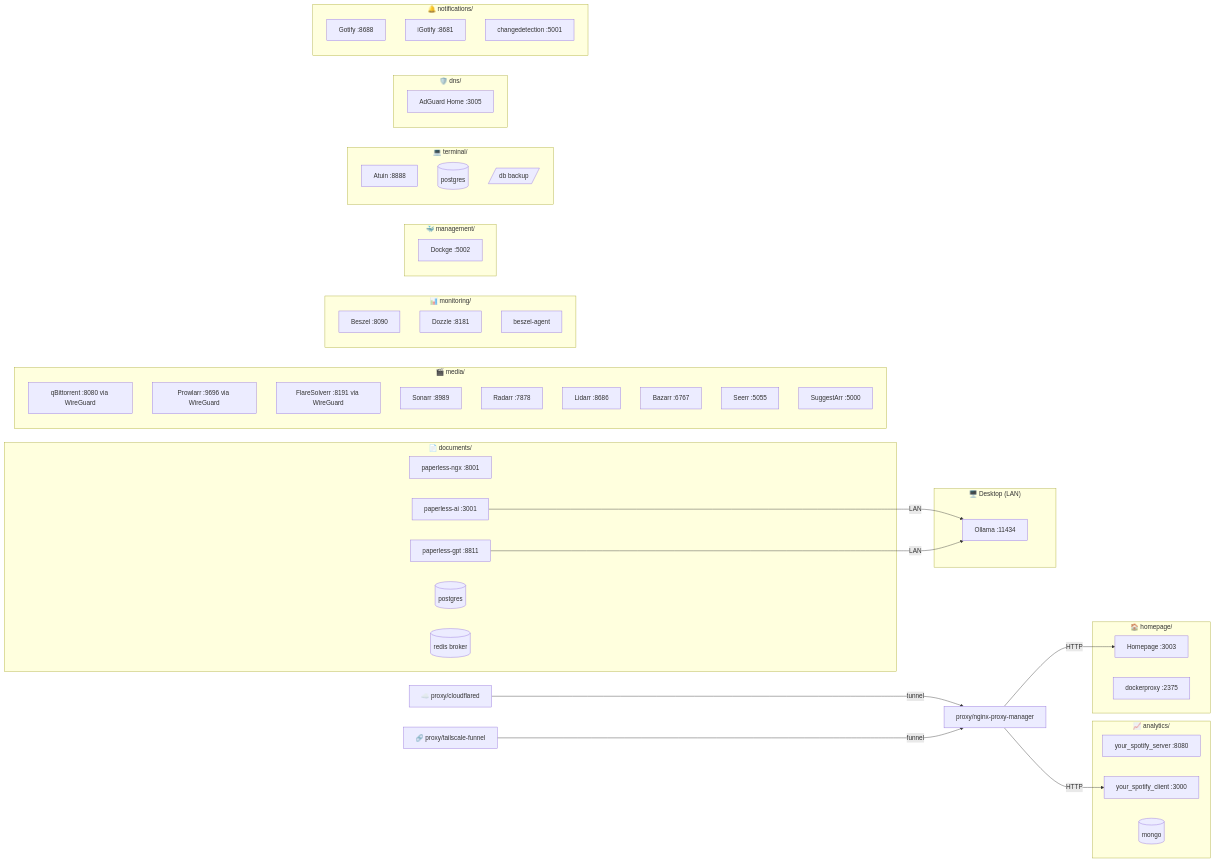
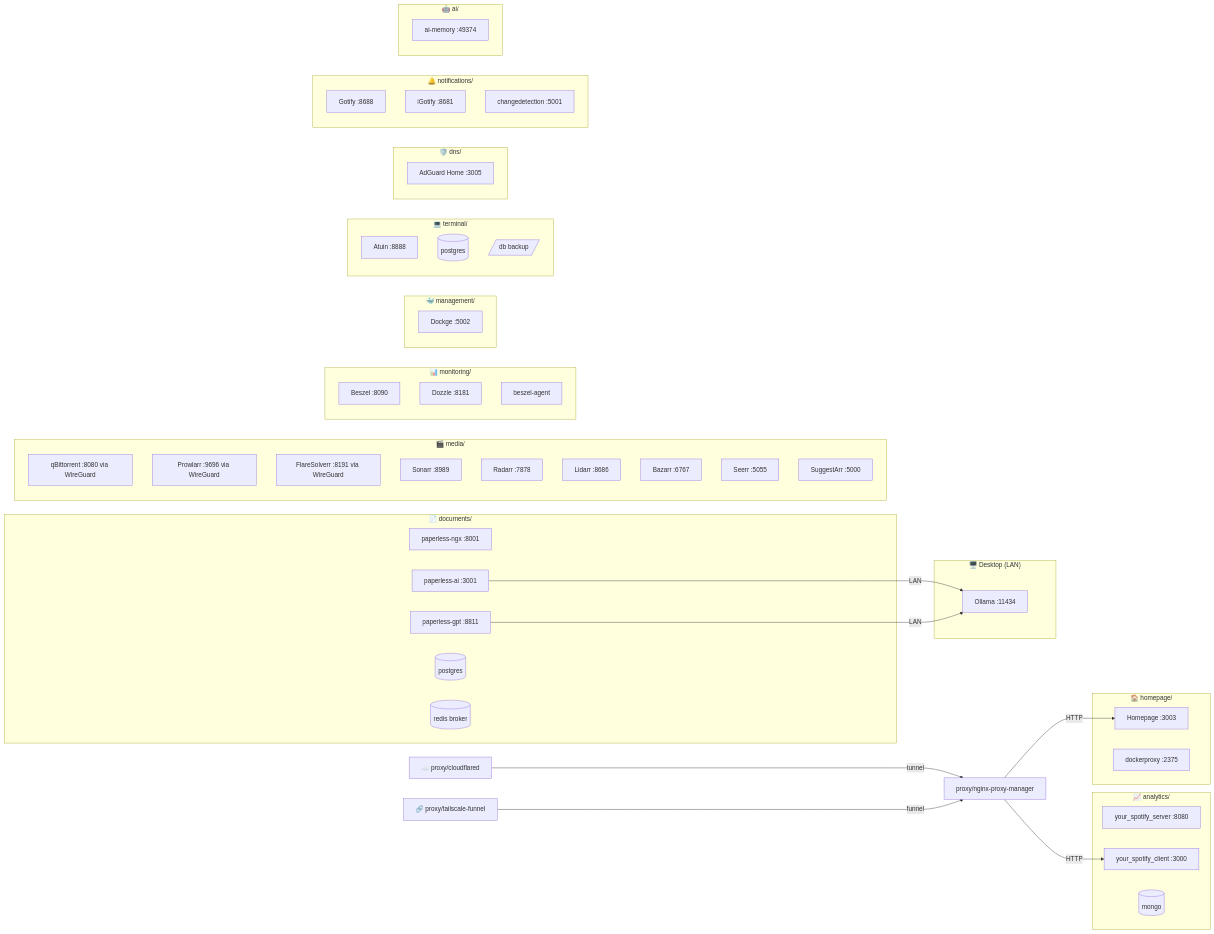
Before and after one commit to lexcode/homelab: the diagram in README.md, drawn with Mermaid. The commit also changed other lines of this file and 8 other files, not shown here.

````diff
--- a/README.md
+++ b/README.md
@@ -5,63 +5,66 @@
 ```mermaid
 flowchart LR
     subgraph docs["📄  documents/"]
         pngx[paperless-ngx :8001]
         pai[paperless-ai :3001]
         pgpt[paperless-gpt :8811]
         pg[(postgres)]
         rd[(redis broker)]
     end
     subgraph med["🎬  media/"]
         qbt[qBittorrent :8080 via WireGuard]
         prowlarr[Prowlarr :9696 via WireGuard]
         flare[FlareSolverr :8191 via WireGuard]
         sonarr[Sonarr :8989]
         radarr[Radarr :7878]
         lidarr[Lidarr :8686]
         bazarr[Bazarr :6767]
         seerr[Seerr :5055]
         suggestarr[SuggestArr :5000]
     end
     subgraph mon["📊  monitoring/"]
         beszel[Beszel :8090]
         dozzle[Dozzle :8181]
         beszelagent[beszel-agent]
     end
     subgraph mgmt["🐳  management/"]
         dockge[Dockge :5002]
     end
     subgraph ana["📈  analytics/"]
         yss[your_spotify_server :8080]
         ysc[your_spotify_client :3000]
         ysm[(mongo)]
     end
     subgraph term["💻  terminal/"]
         atuin[Atuin :8888]
         atuinpg[(postgres)]
         atuinbkp[/db backup/]
     end
     subgraph home["🏠  homepage/"]
         hp[Homepage :3003]
         dp[dockerproxy :2375]
     end
     subgraph dns["🛡️  dns/"]
         ag[AdGuard Home :3005]
     end
     subgraph notif["🔔 notifications/"]
         gotify[Gotify :8688]
         igotify[iGotify :8681]
         cd[changedetection :5001]
     end
+    subgraph ai["🤖 ai/"]
+        aim[ai-memory :49374]
+    end
     cf[☁️  proxy/cloudflared]
     ts[🔗 proxy/tailscale-funnel]
     npm[proxy/nginx-proxy-manager]
     subgraph desktop["🖥️  Desktop (LAN)"]
         ollama[Ollama :11434]
     end
     pai -- LAN --> ollama
     pgpt -- LAN --> ollama
     cf -- tunnel --> npm
     ts -- funnel --> npm
     npm -- HTTP --> hp
     npm -- HTTP --> ysc
 ```
````
